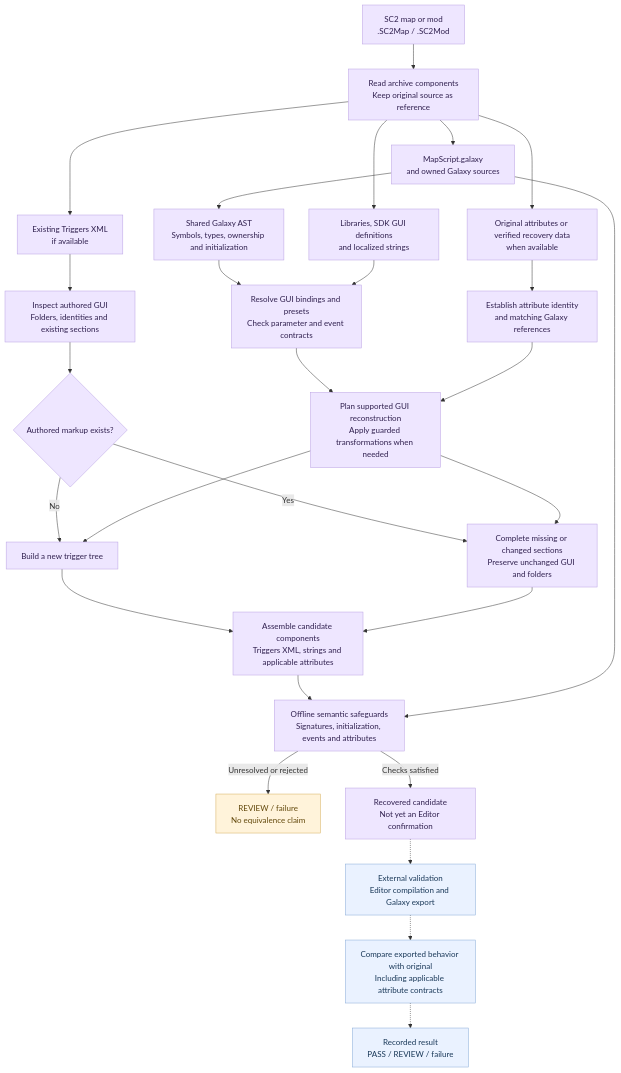
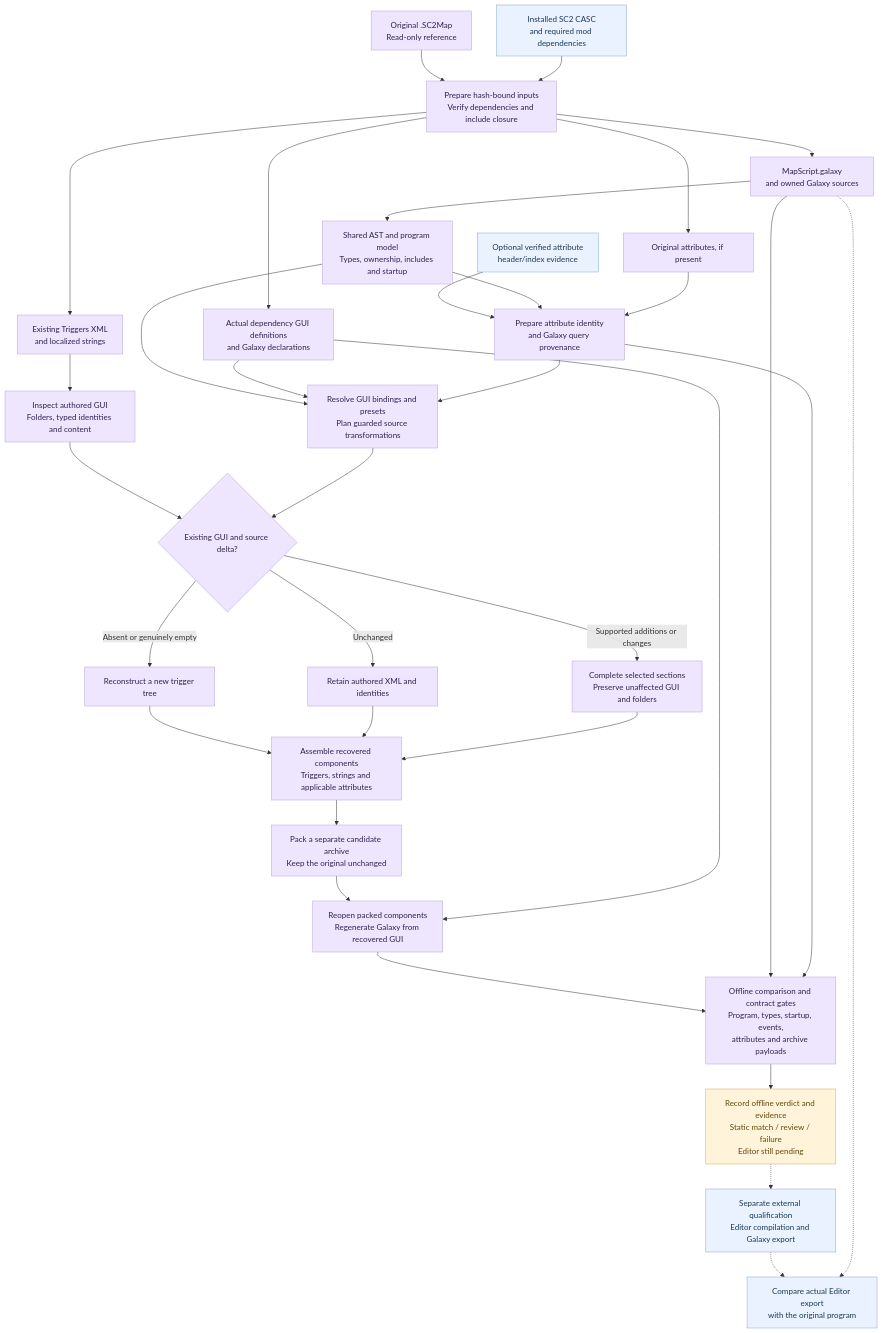
The diagram in README.md (VoVanRusLvSC2/SC2-Trigger-Recovery-Tool-KSP-Edition), drawn with Mermaid before and after one commit. The commit also changed other lines of this file and 1 other file, not shown here.

Commit message:
Align README recovery diagram with preparation, packed GUI checks and verdicts

````diff
--- a/README.md
+++ b/README.md
@@ -35,40 +40,45 @@
 ```mermaid
 flowchart TB
-    archive["SC2 map or mod<br/>.SC2Map / .SC2Mod"] --> inputs["Read archive components<br/>Keep original source as reference"]
+    archive["Original .SC2Map<br/>Read-only reference"] --> inputs["Prepare hash-bound inputs<br/>Verify dependencies and include closure"]
+    game["Installed SC2 CASC<br/>and required mod dependencies"] --> inputs
     inputs --> source["MapScript.galaxy<br/>and owned Galaxy sources"]
-    inputs --> markup["Existing Triggers XML<br/>if available"]
-    inputs --> metadata["Libraries, SDK GUI definitions<br/>and localized strings"]
-    inputs --> attributes["Original attributes or verified recovery data<br/>when available"]
+    inputs --> markup["Existing Triggers XML<br/>and localized strings"]
+    inputs --> metadata["Actual dependency GUI definitions<br/>and Galaxy declarations"]
+    inputs --> attributes["Original attributes, if present"]
+    evidence["Optional verified attribute<br/>header/index evidence"] --> identity
 
-    source --> ast["Shared Galaxy AST<br/>Symbols, types, ownership and initialization"]
-    ast --> bindings["Resolve GUI bindings and presets<br/>Check parameter and event contracts"]
-    metadata --> bindings
-    markup --> inventory["Inspect authored GUI<br/>Folders, identities and existing sections"]
-    attributes --> identity["Establish attribute identity<br/>and matching Galaxy references"]
-
-    bindings --> plan["Plan supported GUI reconstruction<br/>Apply guarded transformations when needed"]
-    inventory --> mode{"Authored markup exists?"}
-    mode -->|No| fresh["Build a new trigger tree"]
-    mode -->|Yes| incremental["Complete missing or changed sections<br/>Preserve unchanged GUI and folders"]
-    plan --> fresh
-    plan --> incremental
+    source --> ast["Shared AST and program model<br/>Types, ownership, includes and startup"]
+    markup --> inventory["Inspect authored GUI<br/>Folders, typed identities and content"]
+    ast --> identity["Prepare attribute identity<br/>and Galaxy query provenance"]
+    attributes --> identity
+    ast --> plan["Resolve GUI bindings and presets<br/>Plan guarded source transformations"]
+    metadata --> plan
     identity --> plan
-    fresh --> output["Assemble candidate components<br/>Triggers XML, strings and applicable attributes"]
+    inventory --> mode{"Existing GUI and source delta?"}
+    plan --> mode
+    mode -->|Absent or genuinely empty| fresh["Reconstruct a new trigger tree"]
+    mode -->|Unchanged| preserve["Retain authored XML and identities"]
+    mode -->|Supported additions or changes| incremental["Complete selected sections<br/>Preserve unaffected GUI and folders"]
+    fresh --> output["Assemble recovered components<br/>Triggers, strings and applicable attributes"]
+    preserve --> output
     incremental --> output
 
-    output --> safeguards["Offline semantic safeguards<br/>Signatures, initialization, events and attributes"]
+    output --> packed["Pack a separate candidate archive<br/>Keep the original unchanged"]
+    packed --> regenerate["Reopen packed components<br/>Regenerate Galaxy from recovered GUI"]
+    metadata --> regenerate
+    regenerate --> safeguards["Offline comparison and contract gates<br/>Program, types, startup, events,<br/>attributes and archive payloads"]
     source --> safeguards
-    safeguards -->|Unresolved or rejected| review["REVIEW / failure<br/>No equivalence claim"]
-    safeguards -->|Checks satisfied| candidate["Recovered candidate<br/>Not yet an Editor confirmation"]
+    identity --> safeguards
+    safeguards --> result["Record offline verdict and evidence<br/>Static match / review / failure<br/>Editor still pending"]
 
-    candidate -.-> editor["External validation<br/>Editor compilation and Galaxy export"]
-    editor -.-> comparison["Compare exported behavior with original<br/>Including applicable attribute contracts"]
-    comparison -.-> result["Recorded result<br/>PASS / REVIEW / failure"]
+    result -.-> editor["Separate external qualification<br/>Editor compilation and Galaxy export"]
+    editor -.-> comparison["Compare actual Editor export<br/>with the original program"]
+    source -.-> comparison
 
     classDef core fill:#eee6ff,stroke:#b9a0e3,color:#30204f;
     classDef external fill:#eaf2ff,stroke:#86a9d7,color:#193858;
     classDef attention fill:#fff3da,stroke:#d5ad5a,color:#62480b;
-    class archive,inputs,source,markup,metadata,attributes,ast,bindings,inventory,identity,plan,mode,fresh,incremental,output,safeguards,candidate core;
-    class editor,comparison,result external;
-    class review attention;
+    class archive,inputs,source,markup,metadata,attributes,ast,inventory,identity,plan,mode,fresh,preserve,incremental,output,packed,regenerate,safeguards core;
+    class game,evidence,editor,comparison external;
+    class result attention;
 ```
````
